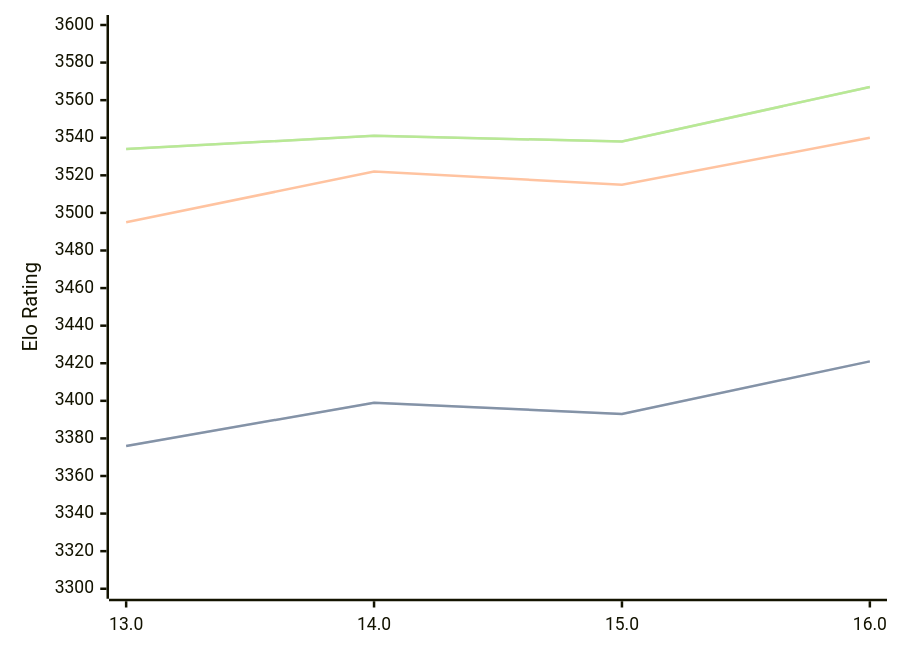
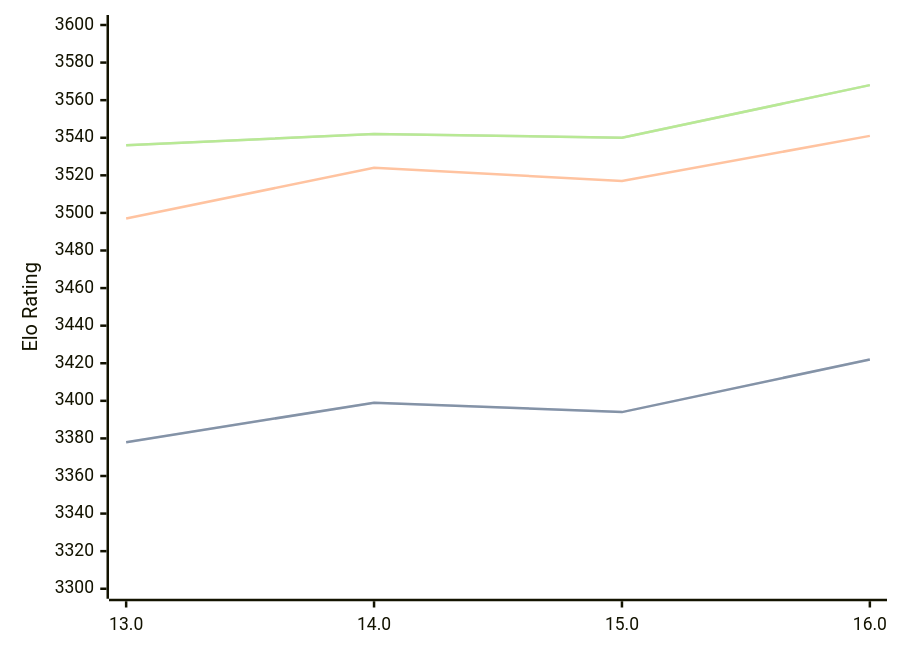
One commit to computer-chess-index/cci changed the first of 3 diagrams in engines/Obsidian.md. Above: the diagram before and after it, drawn with Mermaid. The commit also changed other lines of this file, not shown here.

Commit message:
Update CCI Ratings (ELO VLTC) - 2026-06-22

````diff
--- a/engines/Obsidian.md
+++ b/engines/Obsidian.md
@@ -43,11 +43,11 @@
 ```mermaid
 %%{init: {"theme":"base","themeVariables":{"seriesColors:['#a3a3a3','#222221','#faa371']}}}%%
 xychart-beta
   x-axis ["13.0", "14.0", "15.0", "16.0"]
   y-axis "Elo Rating" 3300 --> 3600
-  line "STC (8.0+0.08s)" [3376, 3399, 3393, 3421]
-  line "STC (8.0+0.08s)" [3376, 3399, 3393, 3421]
-  line "LTC (60.0+0.60s)" [3495, 3522, 3515, 3540]
-  line "VLTC (2m24s+1.12s)" [3534, 3541, 3538, 3567]
-  line "VLTC (2m24s+1.12s)" [3534, 3541, 3538, 3567]
+  line "STC (8.0+0.08s)" [3378, 3399, 3394, 3422]
+  line "STC (8.0+0.08s)" [3378, 3399, 3394, 3422]
+  line "LTC (60.0+0.60s)" [3497, 3524, 3517, 3541]
+  line "VLTC (2m24s+1.12s)" [3536, 3542, 3540, 3568]
+  line "VLTC (2m24s+1.12s)" [3536, 3542, 3540, 3568]
 ```
````
